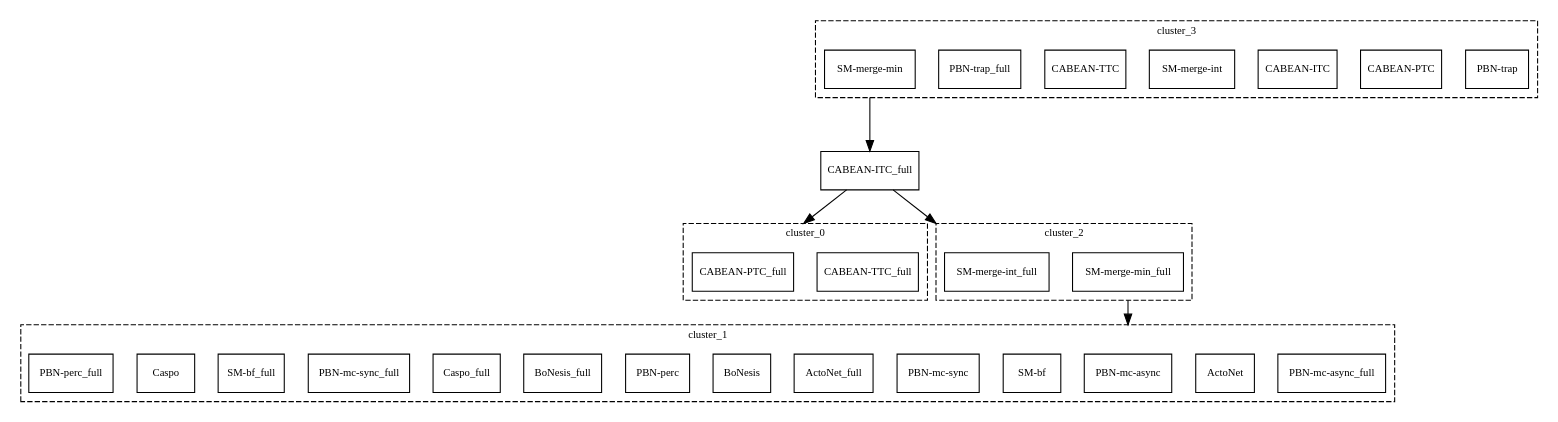
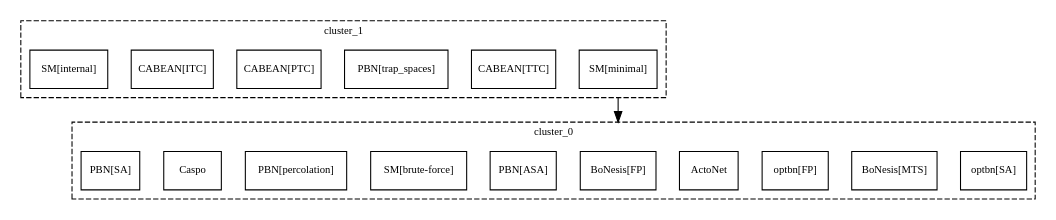
Before and after one commit to kalebmoon07/BN-control-taxonomy: the diagram in experiments/results/practical/Myeloid/_graph_tred.dot, drawn with Graphviz. The commit also changed 195 other files, not shown here.

```diff
--- a/experiments/results/practical/Myeloid/_graph_tred.dot
+++ b/experiments/results/practical/Myeloid/_graph_tred.dot
@@ -1,55 +1,32 @@
 strict digraph G {
 graph [fontsize=10, fontname=Verdana, compound=true];
 node [shape=record, fontsize=10, fontname=Verdana];
 graph [nodesep=0.3, ranksep=0.8];
 subgraph cluster_0 {
 label="cluster_0";
 graph [style=dashed, color=black];
-"CABEAN-TTC_full";
-"CABEAN-PTC_full";
+"optbn[SA]";
+"BoNesis[MTS]";
+"optbn[FP]";
+ActoNet;
+"BoNesis[FP]";
+"PBN[ASA]";
+"SM[brute-force]";
+"PBN[percolation]";
+Caspo;
+"PBN[SA]";
 }
 
 subgraph cluster_1 {
 label="cluster_1";
 graph [style=dashed, color=black];
-"PBN-mc-async_full";
-ActoNet;
-"PBN-mc-async";
-"SM-bf";
-"PBN-mc-sync";
-ActoNet_full;
-BoNesis;
-"PBN-perc";
-BoNesis_full;
-Caspo_full;
-"PBN-mc-sync_full";
-"SM-bf_full";
-Caspo;
-"PBN-perc_full";
+"SM[minimal]";
+"CABEAN[TTC]";
+"PBN[trap_spaces]";
+"CABEAN[PTC]";
+"CABEAN[ITC]";
+"SM[internal]";
 }
 
-subgraph cluster_2 {
-label="cluster_2";
-graph [style=dashed, color=black];
-"SM-merge-min_full";
-"SM-merge-int_full";
+"SM[minimal]" -> "BoNesis[FP]" [ltail="cluster_1", lhead="cluster_0"];
 }
-
-subgraph cluster_3 {
-label="cluster_3";
-graph [style=dashed, color=black];
-"PBN-trap";
-"CABEAN-PTC";
-"CABEAN-ITC";
-"SM-merge-int";
-"CABEAN-TTC";
-"PBN-trap_full";
-"SM-merge-min";
-}
-
-"CABEAN-ITC_full";
-"CABEAN-ITC_full" -> "CABEAN-PTC_full" [lhead="cluster_0"];
-"CABEAN-ITC_full" -> "SM-merge-int_full" [lhead="cluster_2"];
-"SM-merge-min" -> "CABEAN-ITC_full" [ltail="cluster_3"];
-"SM-merge-min_full" -> "PBN-mc-async" [ltail="cluster_2", lhead="cluster_1"];
-}
```
